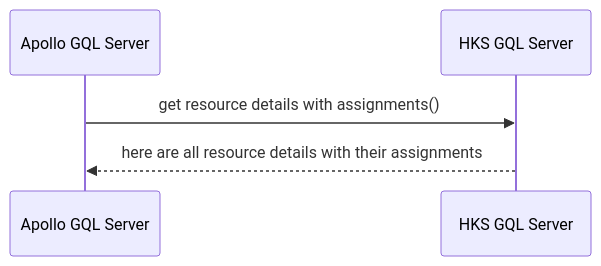
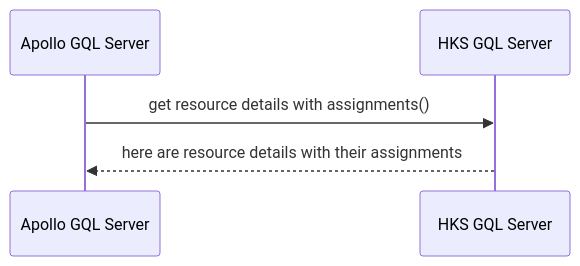
The third of 3 diagrams in data-flow/all-data-flow.md (taylorhahn27/arch-docs), drawn with Mermaid before and after one commit. The commit also changed other lines of this file and 3 other files, not shown here.

````diff
--- a/data-flow/all-data-flow.md
+++ b/data-flow/all-data-flow.md
@@ -33,5 +33,5 @@
 ```mermaid
 sequenceDiagram
     Apollo GQL Server->>HKS GQL Server: get resource details with assignments()
-    HKS GQL Server-->>Apollo GQL Server: here are all resource details with their assignments
+    HKS GQL Server-->>Apollo GQL Server: here are resource details with their assignments
 ```
````
